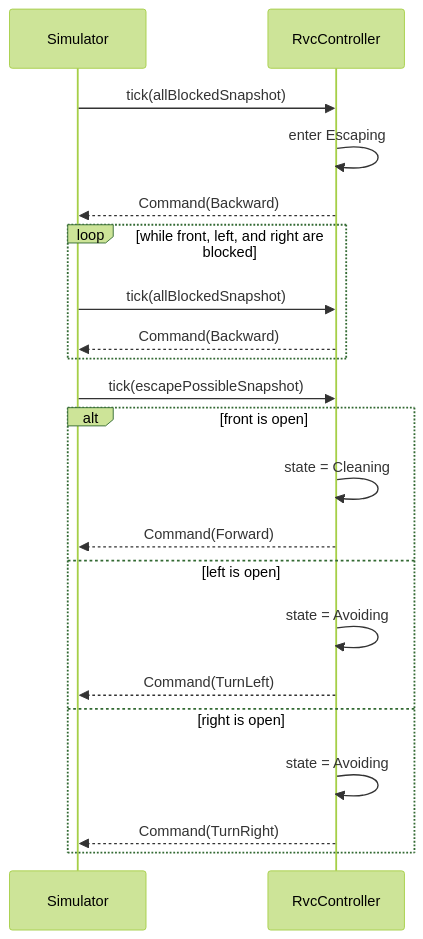
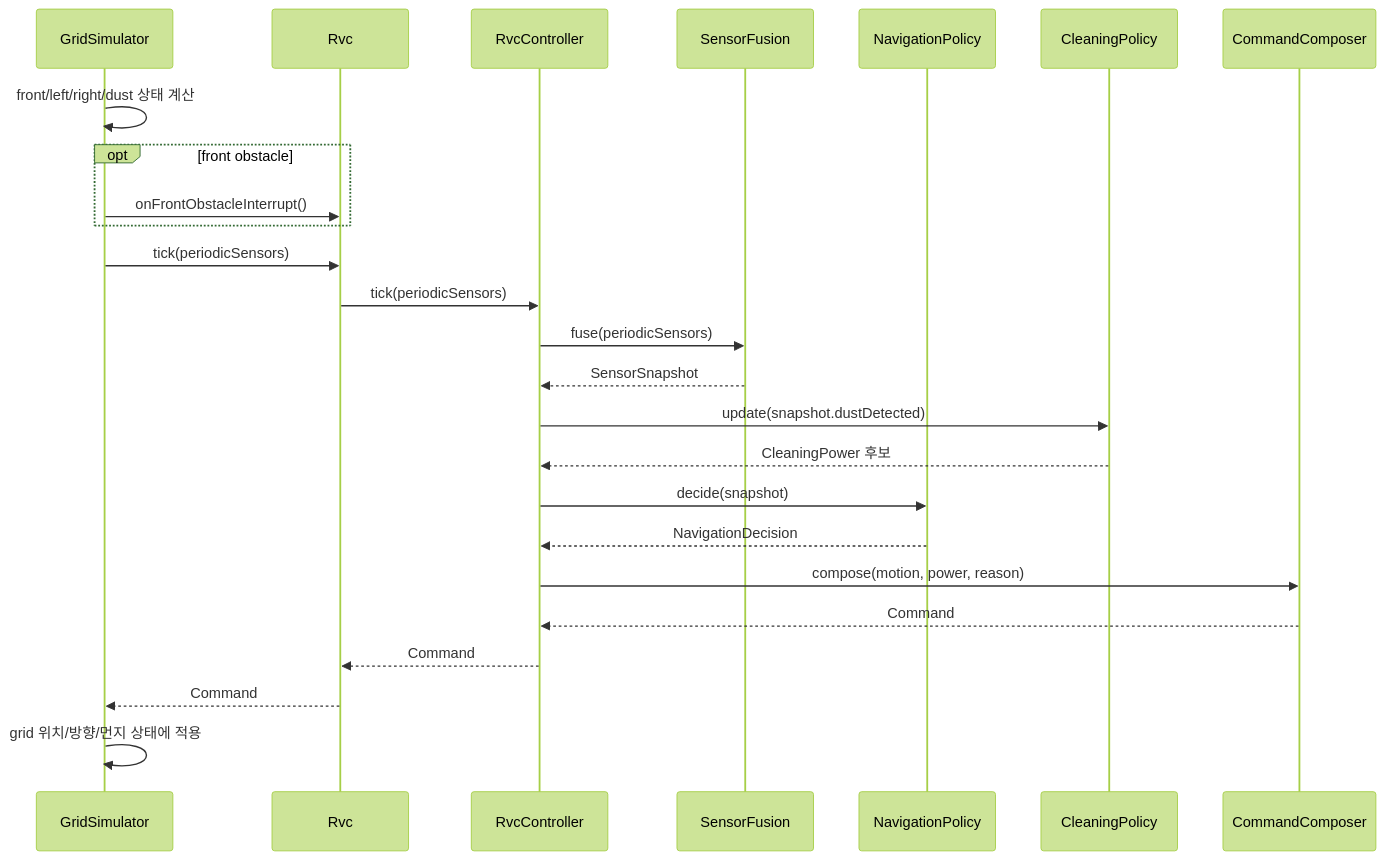
Before and after one commit to reload02/ooad-vibe: the second of 2 diagrams in docs/sdd.md, drawn with Mermaid (forest theme). The commit also changed other lines of this file and 18 other files, not shown here.

First line of the commit message:
Refactor RVC architecture to enhance modularity and maintainability

````diff
--- a/docs/sdd.md
+++ b/docs/sdd.md
@@ -392,24 +48,28 @@
 ```mermaid
 sequenceDiagram
-    participant Simulator
-    participant Controller as RvcController
+    participant Sim as GridSimulator
+    participant RVC as Rvc
+    participant Ctrl as RvcController
+    participant Fusion as SensorFusion
+    participant Nav as NavigationPolicy
+    participant Clean as CleaningPolicy
+    participant Compose as CommandComposer
 
-    Simulator->>Controller: tick(allBlockedSnapshot)
-    Controller->>Controller: enter Escaping
-    Controller-->>Simulator: Command(Backward)
-    loop while front, left, and right are blocked
-        Simulator->>Controller: tick(allBlockedSnapshot)
-        Controller-->>Simulator: Command(Backward)
+    Sim->>Sim: front/left/right/dust 상태 계산
+    opt front obstacle
+        Sim->>RVC: onFrontObstacleInterrupt()
     end
-    Simulator->>Controller: tick(escapePossibleSnapshot)
-    alt front is open
-        Controller->>Controller: state = Cleaning
-        Controller-->>Simulator: Command(Forward)
-    else left is open
-        Controller->>Controller: state = Avoiding
-        Controller-->>Simulator: Command(TurnLeft)
-    else right is open
-        Controller->>Controller: state = Avoiding
-        Controller-->>Simulator: Command(TurnRight)
-    end
+    Sim->>RVC: tick(periodicSensors)
+    RVC->>Ctrl: tick(periodicSensors)
+    Ctrl->>Fusion: fuse(periodicSensors)
+    Fusion-->>Ctrl: SensorSnapshot
+    Ctrl->>Clean: update(snapshot.dustDetected)
+    Clean-->>Ctrl: CleaningPower 후보
+    Ctrl->>Nav: decide(snapshot)
+    Nav-->>Ctrl: NavigationDecision
+    Ctrl->>Compose: compose(motion, power, reason)
+    Compose-->>Ctrl: Command
+    Ctrl-->>RVC: Command
+    RVC-->>Sim: Command
+    Sim->>Sim: grid 위치/방향/먼지 상태에 적용
 ```
````
